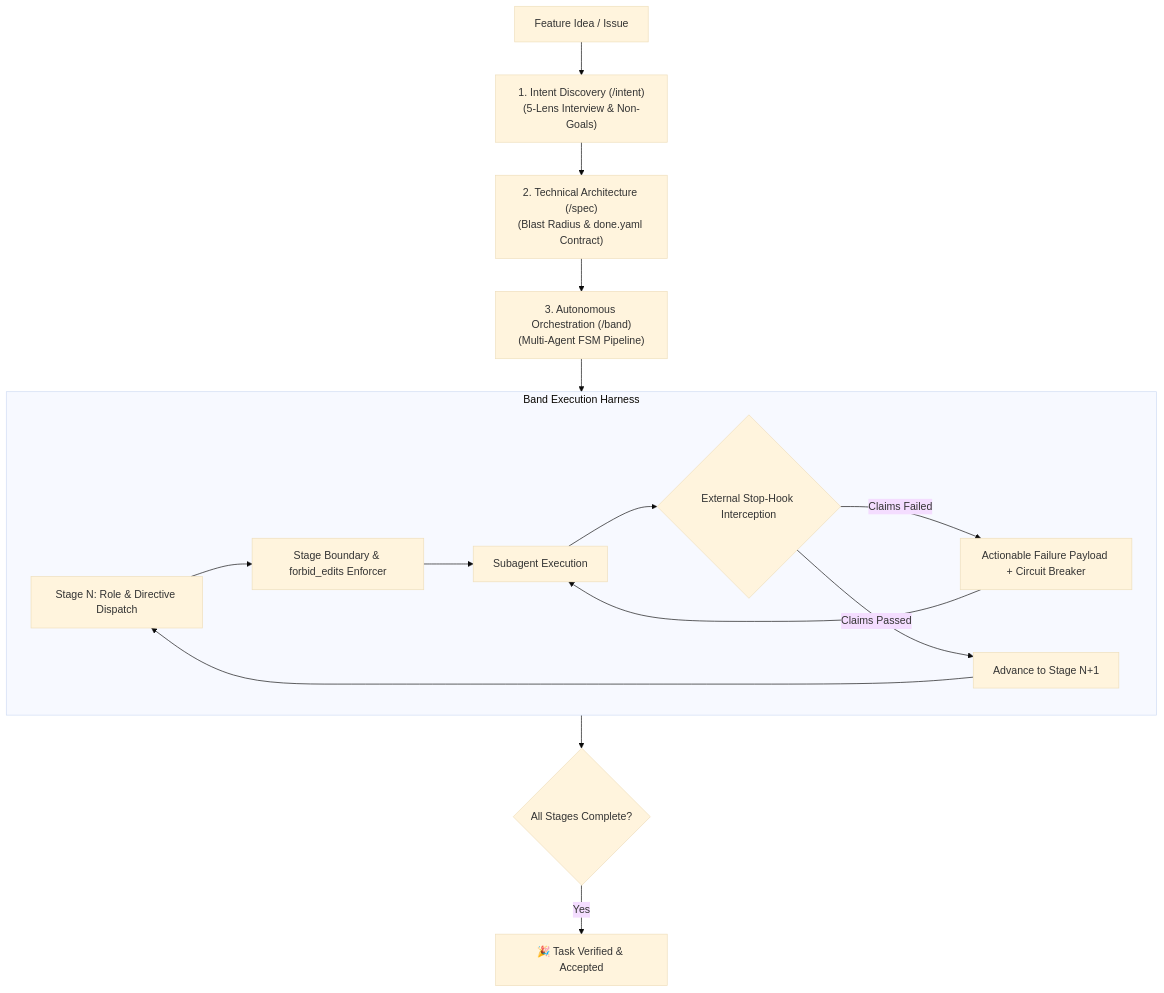
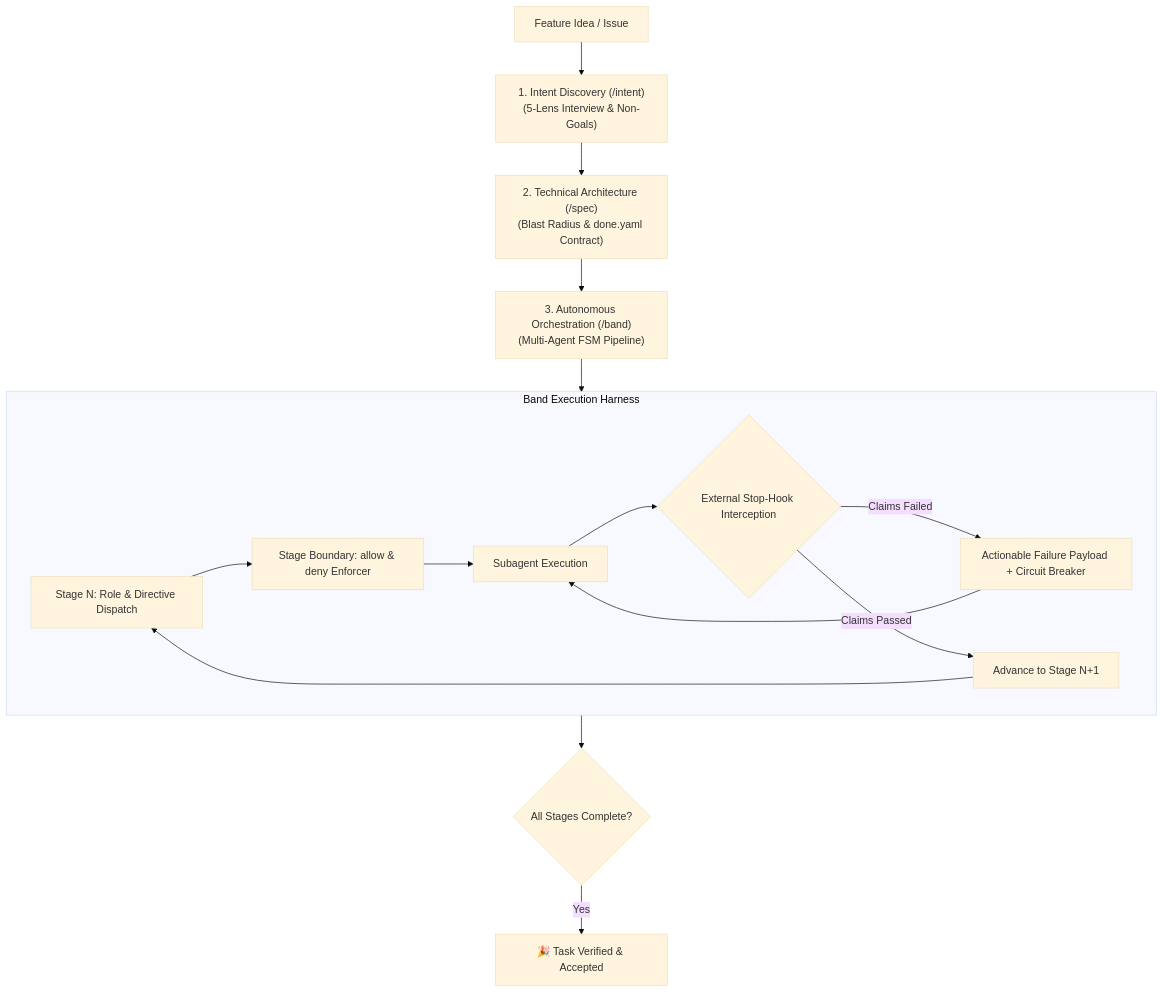
The diagram in README.md (jiva-studio/band), drawn with Mermaid (base theme) before and after one commit. The commit also changed other lines of this file and 4 other files, not shown here.

Commit message:
feat(boundaries): introduce industry-standard allow/deny file boundaries and expand pipeline architecture documentation

````diff
--- a/README.md
+++ b/README.md
@@ -7,23 +7,23 @@
 ```mermaid
 flowchart TD
     UserReq["Feature Idea / Issue"] --> Intent["1. Intent Discovery (/intent)
 (5-Lens Interview & Non-Goals)"]
     Intent --> Spec["2. Technical Architecture (/spec)
 (Blast Radius & done.yaml Contract)"]
     Spec --> Band["3. Autonomous Orchestration (/band)
 (Multi-Agent FSM Pipeline)"]
 
     subgraph FSM_Loop["Band Execution Harness"]
-        StageInit["Stage N: Role & Directive Dispatch"] --> Sandbox["Stage Boundary & forbid_edits Enforcer"]
+        StageInit["Stage N: Role & Directive Dispatch"] --> Sandbox["Stage Boundary: allow & deny Enforcer"]
         Sandbox --> AgentExec["Subagent Execution"]
         AgentExec --> StopHook{"External Stop-Hook Interception"}
         StopHook -- "Claims Failed" --> FailureFeedback["Actionable Failure Payload + Circuit Breaker"]
         FailureFeedback --> AgentExec
         StopHook -- "Claims Passed" --> Advance["Advance to Stage N+1"]
         Advance --> StageInit
     end
 
     Band --> FSM_Loop
     FSM_Loop --> TerminalGate{"All Stages Complete?"}
     TerminalGate -- Yes --> Verified["🎉 Task Verified & Accepted"]
 ```
````
